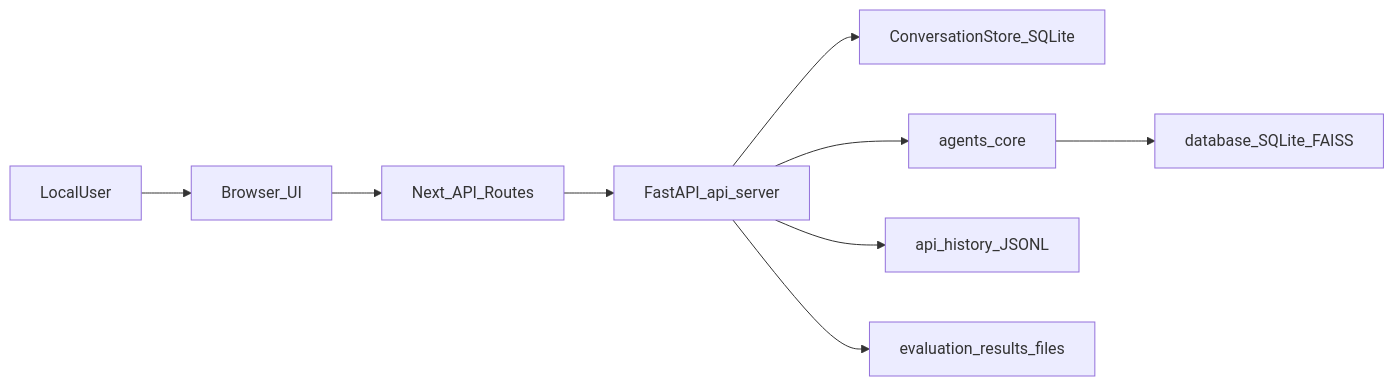
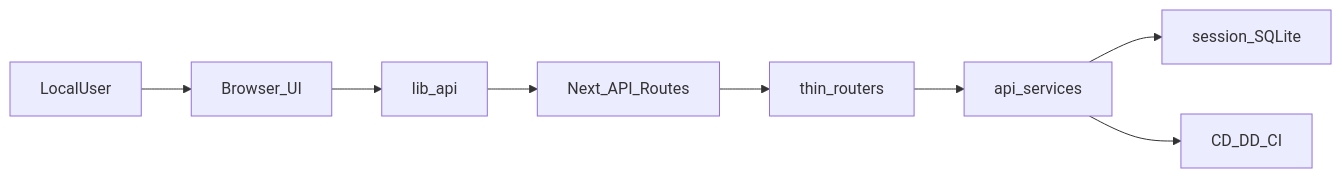
The diagram in mock_court_system/docs/ARCHITECTURE.md (alanzhang66666/LexGentium), drawn with Mermaid before and after one commit. The commit also changed other lines of this file and 447 other files, not shown here.

````diff
--- a/mock_court_system/docs/ARCHITECTURE.md
+++ b/mock_court_system/docs/ARCHITECTURE.md
@@ -26,13 +23,10 @@
 ```mermaid
 flowchart LR
   User[LocalUser] --> Browser[Browser_UI]
-  Browser --> NextApi[Next_API_Routes]
-  NextApi --> FastAPI[FastAPI_api_server]
-
-  FastAPI --> ConvStore[ConversationStore_SQLite]
-  FastAPI --> Agents[agents_core]
-  Agents --> LawDB[database_SQLite_FAISS]
-
-  FastAPI --> ApiHistory[api_history_JSONL]
-  FastAPI --> EvalFS[evaluation_results_files]
+  Browser --> ApiClient[lib_api]
+  ApiClient --> NextApi[Next_API_Routes]
+  NextApi --> Routers[thin_routers]
+  Routers --> Services[api_services]
+  Services --> ConvStore[session_SQLite]
+  Services --> Agents[CD_DD_CI]
 ```
````
